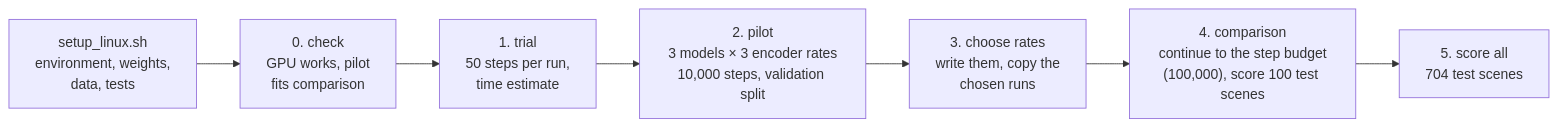
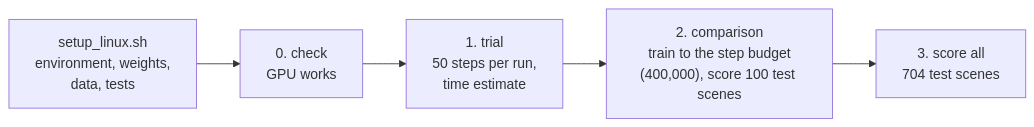
Before and after one commit to mp2591/3d-scene-reconstruction: the diagram in docs/running_on_a_gpu_server.md, drawn with Mermaid. The commit also changed other lines of this file and 25 other files, not shown here.

First line of the commit message:
Train every model with pixelNeRF's recipe, untuned; remove the pilot

````diff
--- a/docs/running_on_a_gpu_server.md
+++ b/docs/running_on_a_gpu_server.md
@@ -13,9 +14,7 @@
 ```mermaid
 flowchart LR
-    setup["setup_linux.sh<br/>environment, weights,<br/>data, tests"] --> check["0. check<br/>GPU works, pilot<br/>fits comparison"]
+    setup["setup_linux.sh<br/>environment, weights,<br/>data, tests"] --> check["0. check<br/>GPU works"]
     check --> trial["1. trial<br/>50 steps per run,<br/>time estimate"]
-    trial --> pilot["2. pilot<br/>3 models × 3 encoder rates<br/>10,000 steps, validation split"]
-    pilot --> choose["3. choose rates<br/>write them, copy the<br/>chosen runs"]
-    choose --> train["4. comparison<br/>continue to the step budget<br/>(100,000), score 100 test scenes"]
-    train --> full["5. score all<br/>704 test scenes"]
+    trial --> train["2. comparison<br/>train to the step budget<br/>(400,000), score 100 test scenes"]
+    train --> full["3. score all<br/>704 test scenes"]
 ```
````
